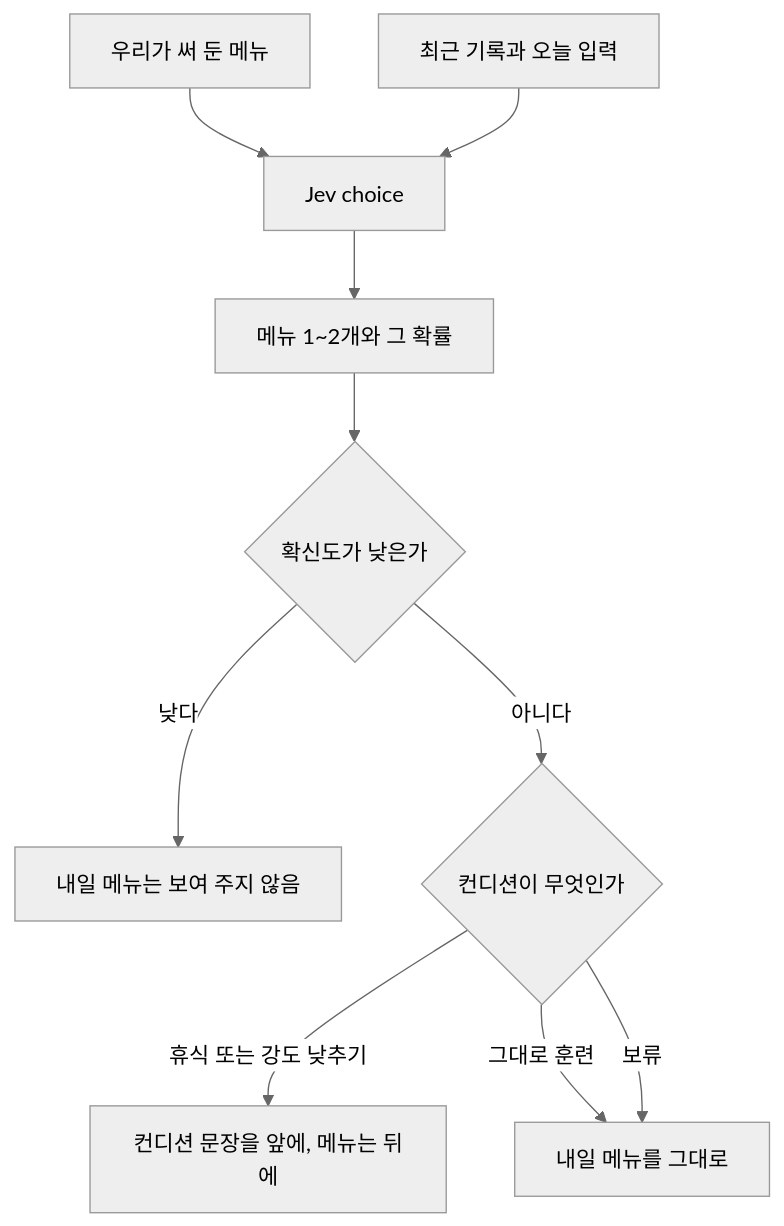
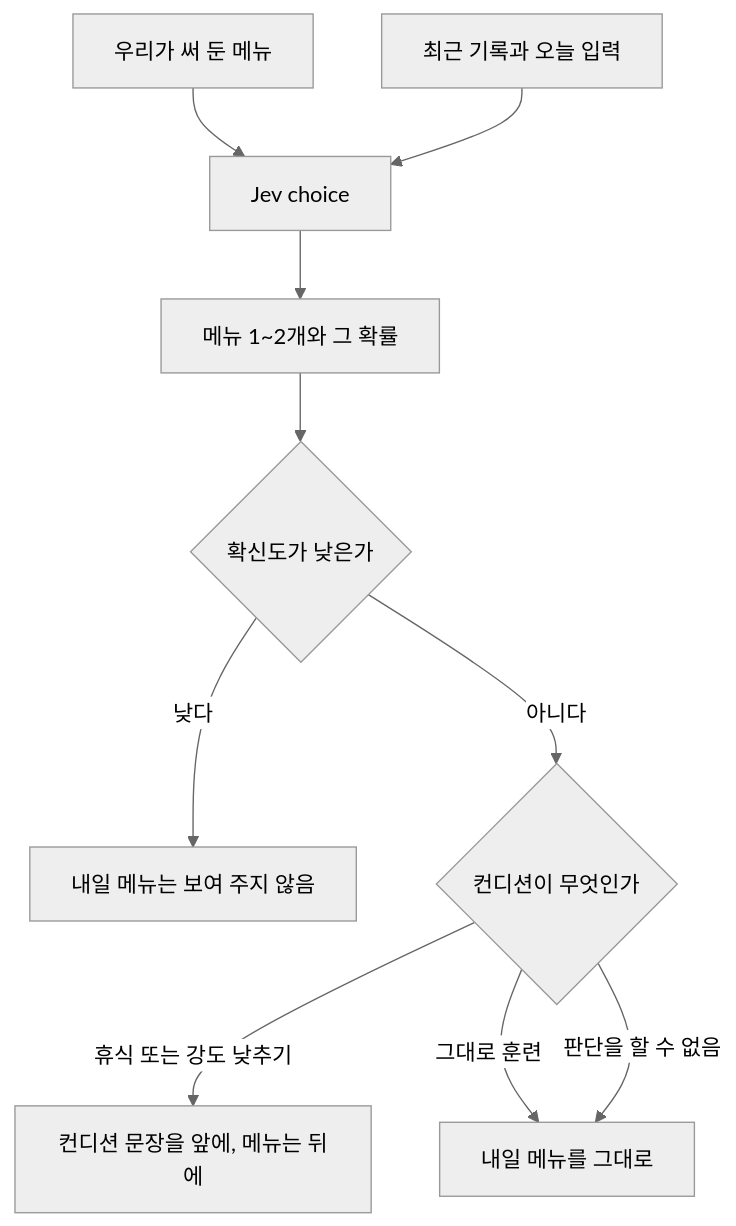
Before and after one commit to BeomhyunPark/hoohaa: the diagram in docs/v4/features/tomorrow.md, drawn with Mermaid (neutral theme). The commit also changed other lines of this file and 6 other files, not shown here.

````diff
--- a/docs/v4/features/tomorrow.md
+++ b/docs/v4/features/tomorrow.md
@@ -25,12 +25,12 @@
 ```mermaid
 flowchart TD
   menu["우리가 써 둔 메뉴"] --> jev["Jev choice"]
   raw["최근 기록과 오늘 입력"] --> jev
   jev --> pick["메뉴 1~2개와 그 확률"]
   pick --> gate{"확신도가 낮은가"}
   gate -->|낮다| hold["내일 메뉴는 보여 주지 않음"]
   gate -->|아니다| cond{"컨디션이 무엇인가"}
   cond -->|휴식 또는 강도 낮추기| front["컨디션 문장을 앞에, 메뉴는 뒤에"]
   cond -->|그대로 훈련| show["내일 메뉴를 그대로"]
-  cond -->|보류| show
+  cond -->|판단을 할 수 없음| show
 ```
````
